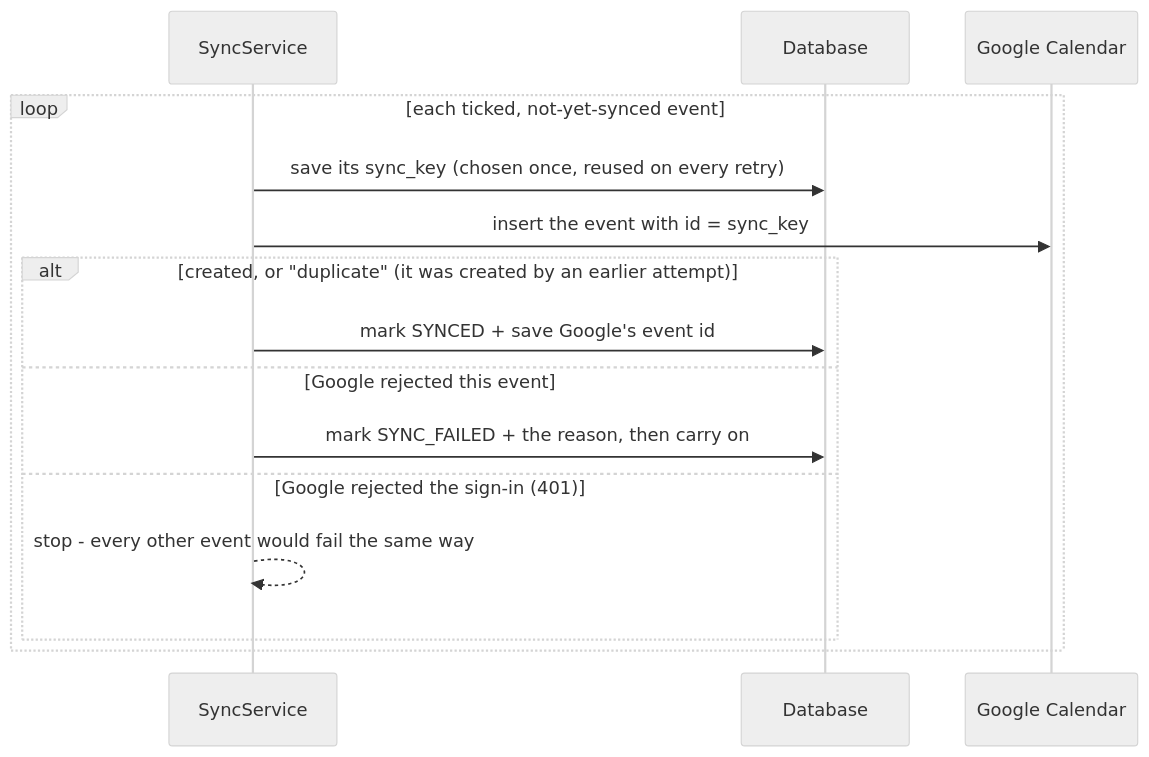
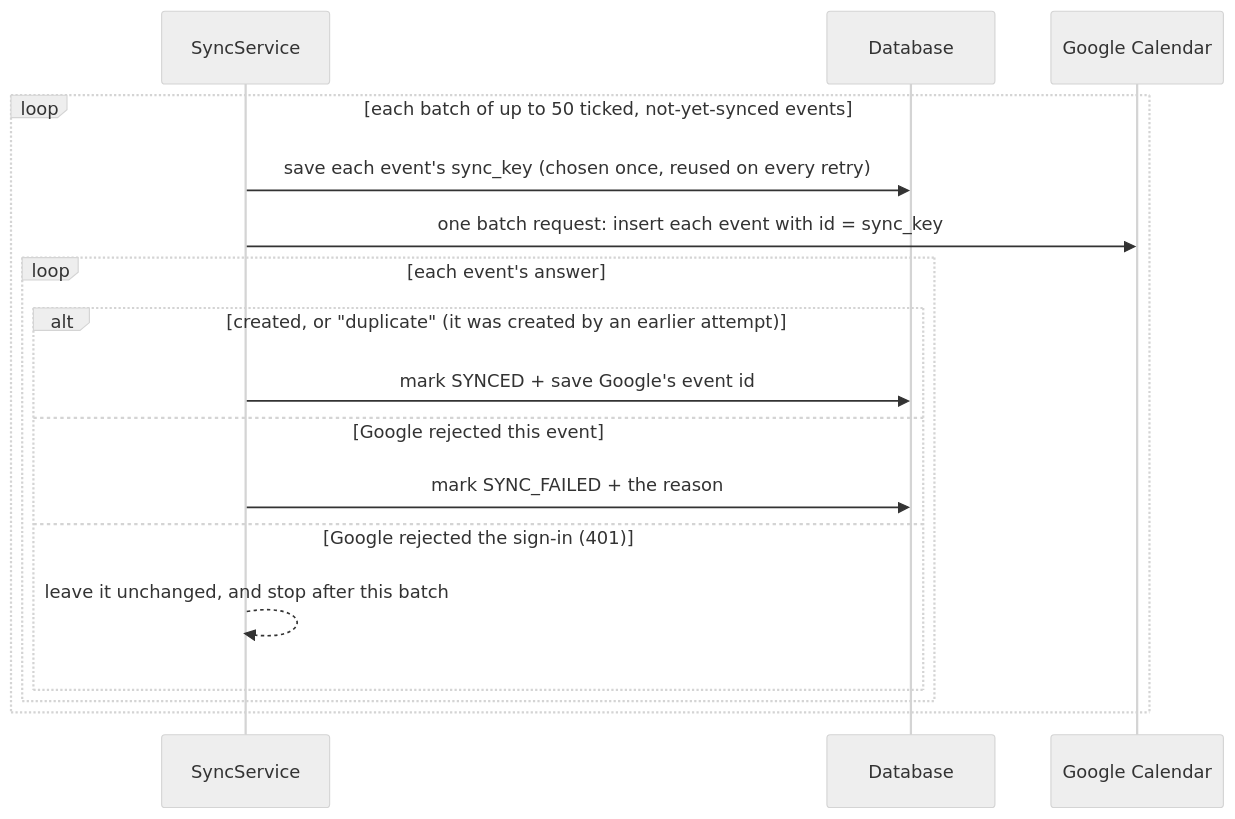
Before and after one commit to liam-shah/Syllabus2Cal: the fourth of 7 diagrams in ARCHITECTURE.md, drawn with Mermaid (neutral theme). The commit also changed other lines of this file and 13 other files, not shown here.

````diff
--- a/ARCHITECTURE.md
+++ b/ARCHITECTURE.md
@@ -266,17 +267,19 @@
 ```mermaid
 sequenceDiagram
     participant S as SyncService
     participant D as Database
     participant G as Google Calendar
-    loop each ticked, not-yet-synced event
-        S->>D: save its sync_key (chosen once, reused on every retry)
-        S->>G: insert the event with id = sync_key
-        alt created, or "duplicate" (it was created by an earlier attempt)
-            S->>D: mark SYNCED + save Google's event id
-        else Google rejected this event
-            S->>D: mark SYNC_FAILED + the reason, then carry on
-        else Google rejected the sign-in (401)
-            S-->>S: stop - every other event would fail the same way
+    loop each batch of up to 50 ticked, not-yet-synced events
+        S->>D: save each event's sync_key (chosen once, reused on every retry)
+        S->>G: one batch request: insert each event with id = sync_key
+        loop each event's answer
+            alt created, or "duplicate" (it was created by an earlier attempt)
+                S->>D: mark SYNCED + save Google's event id
+            else Google rejected this event
+                S->>D: mark SYNC_FAILED + the reason
+            else Google rejected the sign-in (401)
+                S-->>S: leave it unchanged, and stop after this batch
+            end
         end
     end
 ```
````
